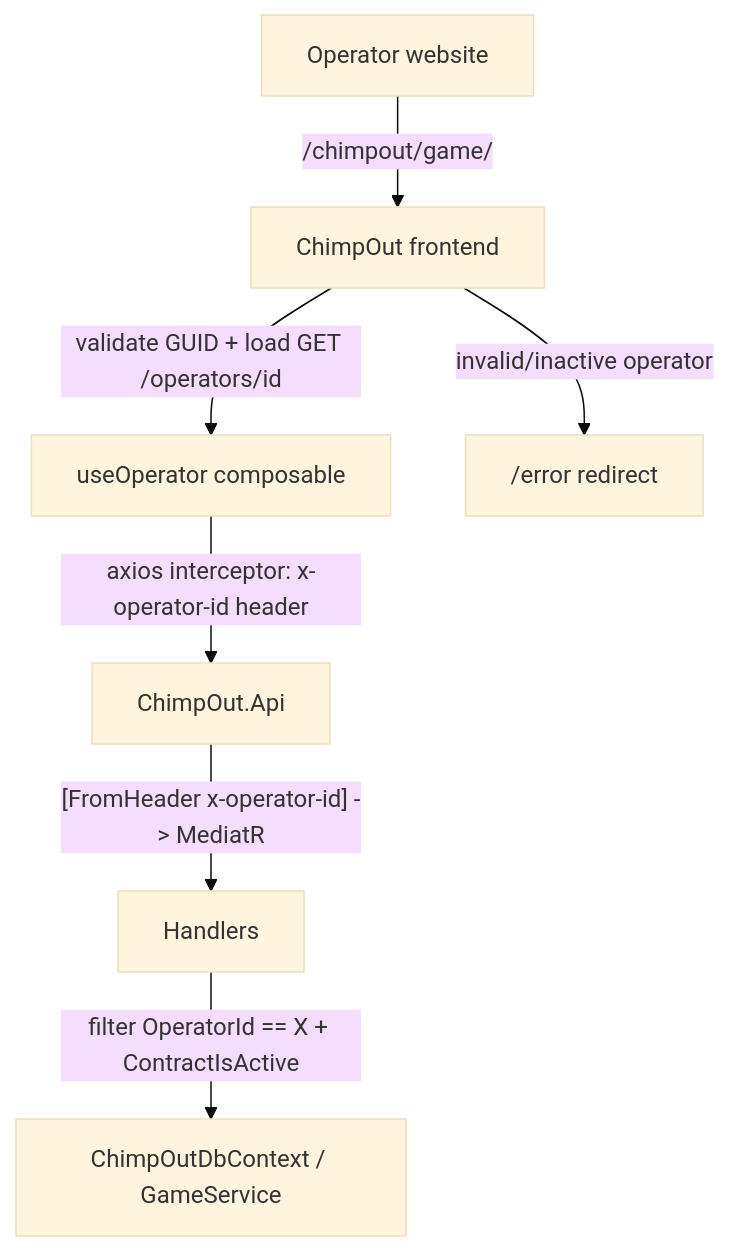
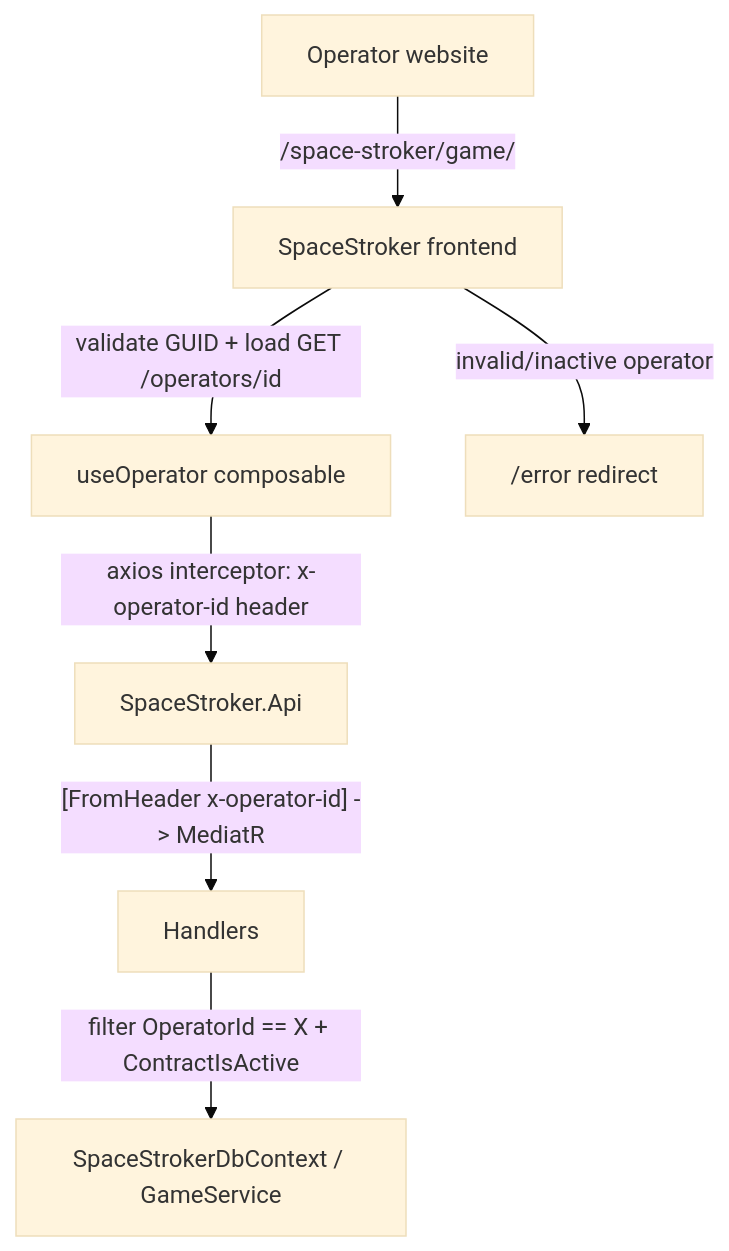
The second of 2 diagrams in specs/operator-feature.md (marcusruas/monkify-meta), drawn with Mermaid (base theme) before and after one commit. The commit also changed other lines of this file and 99 other files, not shown here.

First line of the commit message:
Rename ChimpOut -> SpaceStroker across deploy + KB (#75).

````diff
--- a/specs/operator-feature.md
+++ b/specs/operator-feature.md
@@ -210,9 +210,9 @@
 ```mermaid
 flowchart TD
-    A["Operator website"] -->|"/chimpout/game/<operatorId>"| B["ChimpOut frontend"]
+    A["Operator website"] -->|"/space-stroker/game/<operatorId>"| B["SpaceStroker frontend"]
     B -->|"validate GUID + load GET /operators/id"| C["useOperator composable"]
-    C -->|"axios interceptor: x-operator-id header"| D["ChimpOut.Api"]
+    C -->|"axios interceptor: x-operator-id header"| D["SpaceStroker.Api"]
     D -->|"[FromHeader x-operator-id] -> MediatR"| E["Handlers"]
-    E -->|"filter OperatorId == X + ContractIsActive"| F["ChimpOutDbContext / GameService"]
+    E -->|"filter OperatorId == X + ContractIsActive"| F["SpaceStrokerDbContext / GameService"]
     B -->|"invalid/inactive operator"| G["/error redirect"]
 ```
````
